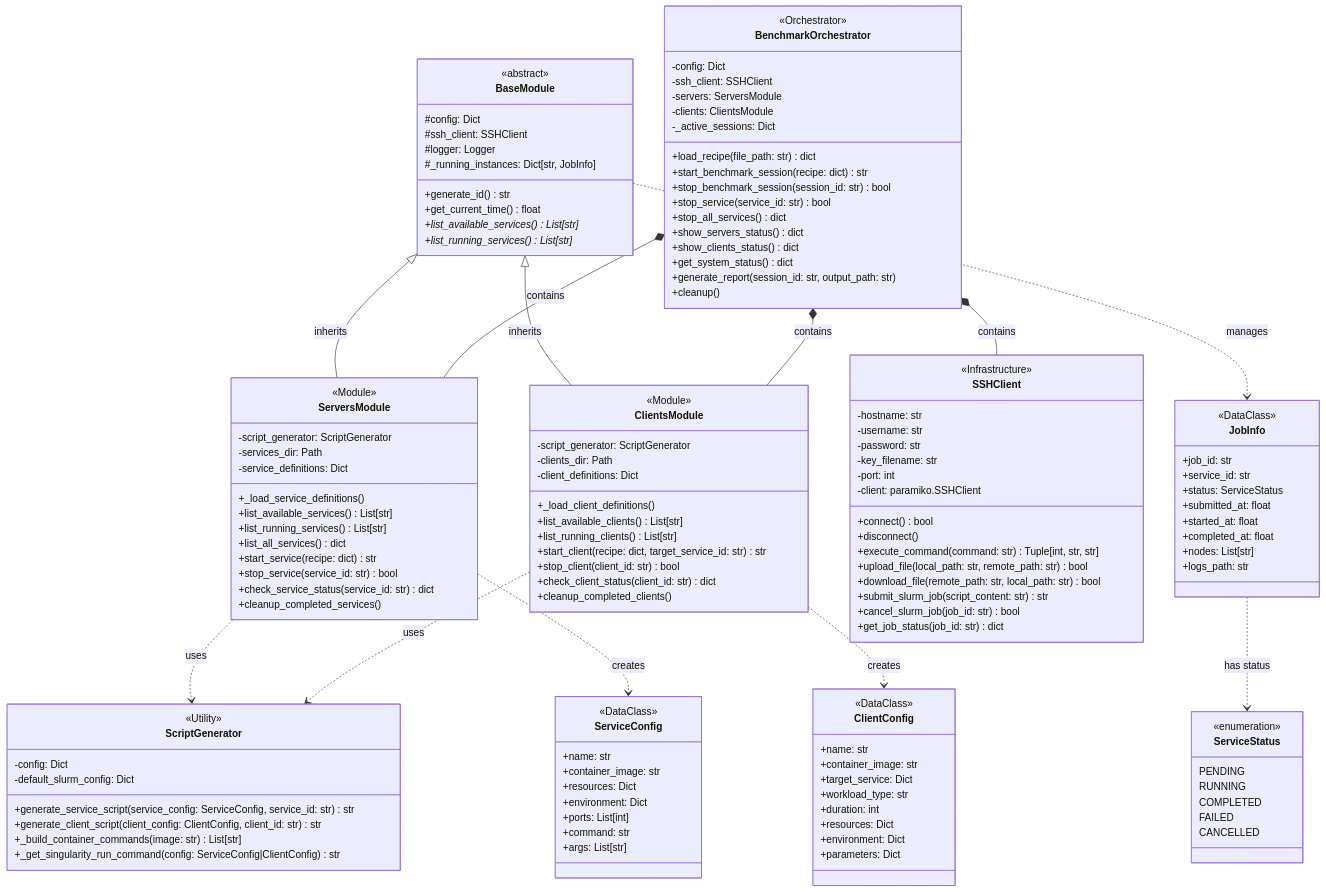
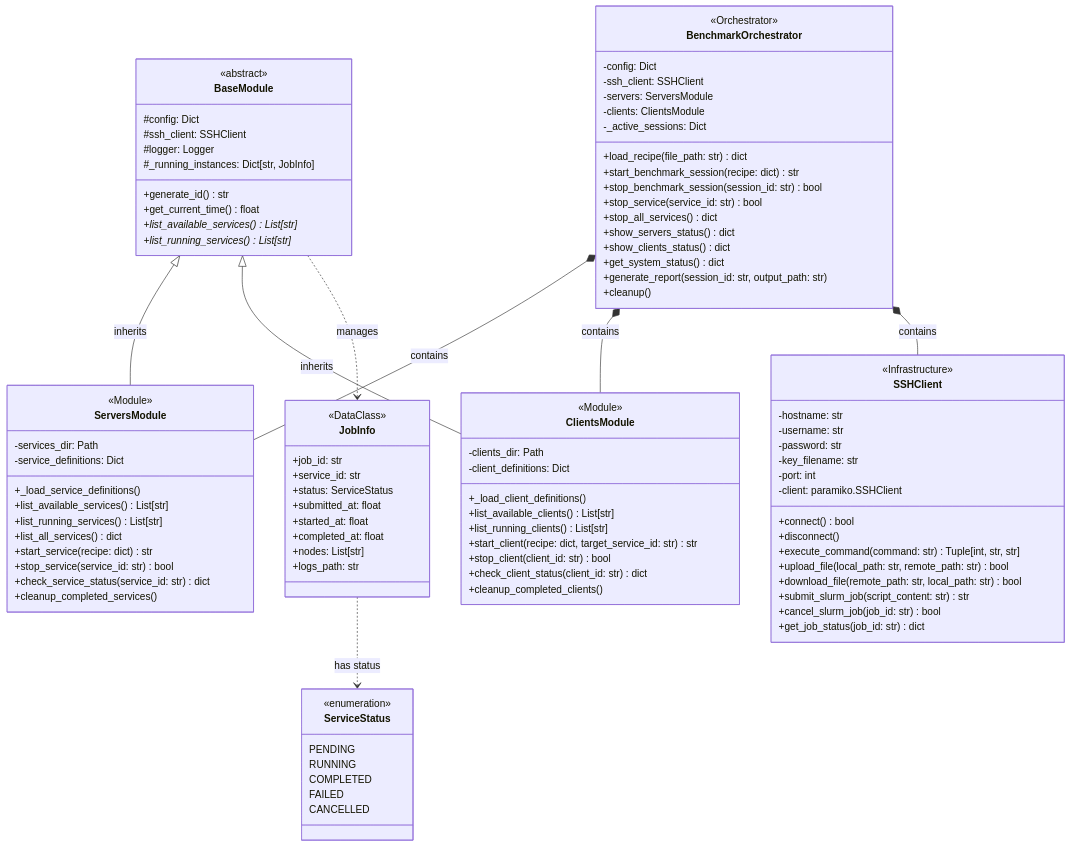
Before and after one commit to ChrisKarg/team10_EUMASTER4HPC2526_challenge: the third of 8 diagrams in docs/ARCHITECTURE_DOCUMENTATION.md, drawn with Mermaid. The commit also changed other lines of this file and 10 other files, not shown here.

First line of the commit message:
Changed script_generator design

````diff
--- a/docs/ARCHITECTURE_DOCUMENTATION.md
+++ b/docs/ARCHITECTURE_DOCUMENTATION.md
@@ -81,7 +160,6 @@
     %% Service Management
     class ServersModule {
         <<Module>>
-        -script_generator: ScriptGenerator
         -services_dir: Path
         -service_definitions: Dict
         +_load_service_definitions()
@@ -97,7 +175,6 @@
     %% Client Management
     class ClientsModule {
         <<Module>>
-        -script_generator: ScriptGenerator
         -clients_dir: Path
         -client_definitions: Dict
         +_load_client_definitions()
@@ -126,40 +203,6 @@
         +submit_slurm_job(script_content: str) str
         +cancel_slurm_job(job_id: str) bool
         +get_job_status(job_id: str) dict
-    }
-    
-    class ScriptGenerator {
-        <<Utility>>
-        -config: Dict
-        -default_slurm_config: Dict
-        +generate_service_script(service_config: ServiceConfig, service_id: str) str
-        +generate_client_script(client_config: ClientConfig, client_id: str) str
-        +_build_container_commands(image: str) List[str]
-        +_get_singularity_run_command(config: ServiceConfig|ClientConfig) str
-    }
-    
-    %% Configuration Data Classes
-    class ServiceConfig {
-        <<DataClass>>
-        +name: str
-        +container_image: str
-        +resources: Dict
-        +environment: Dict
-        +ports: List[int]
-        +command: str
-        +args: List[str]
-    }
-    
-    class ClientConfig {
-        <<DataClass>>
-        +name: str
-        +container_image: str
-        +target_service: Dict
-        +workload_type: str
-        +duration: int
-        +resources: Dict
-        +environment: Dict
-        +parameters: Dict
     }
     
     %% Runtime Data Classes
@@ -194,10 +237,6 @@
     BenchmarkOrchestrator *-- SSHClient : contains
     
     %% Dependency Relationships
-    ServersModule ..> ScriptGenerator : uses
-    ClientsModule ..> ScriptGenerator : uses
-    ServersModule ..> ServiceConfig : creates
-    ClientsModule ..> ClientConfig : creates
     BaseModule ..> JobInfo : manages
     JobInfo ..> ServiceStatus : has status
 ```
````
